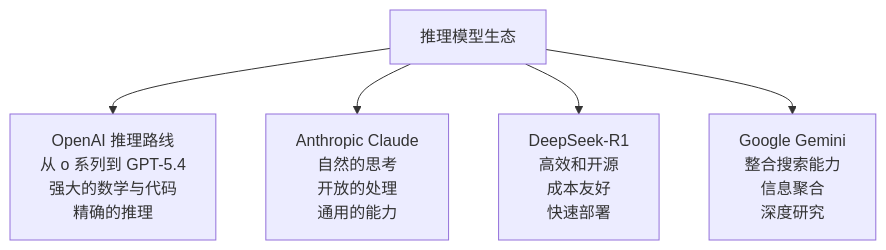
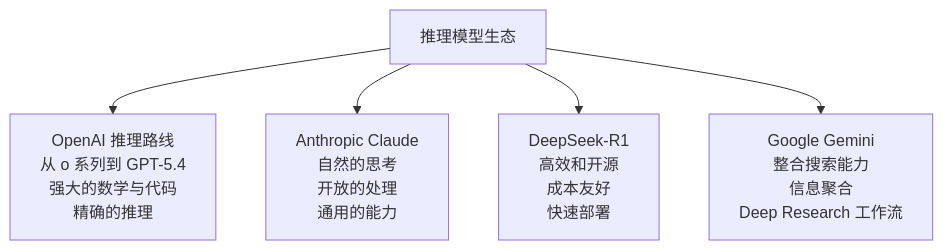
The first of 9 diagrams in 07_reasoning_models/7.4_major_reasoning_models.md (changsongyang/ai_beginner_guide), drawn with Mermaid before and after one commit. The commit also changed other lines of this file and 8 other files, not shown here.

````diff
--- a/07_reasoning_models/7.4_major_reasoning_models.md
+++ b/07_reasoning_models/7.4_major_reasoning_models.md
@@ -9,14 +9,14 @@
 ```mermaid
 graph TD
     A["OpenAI 推理路线<br/>从 o 系列到 GPT-5.4<br/>强大的数学与代码<br/>精确的推理"]
     B["Anthropic Claude<br/>自然的思考<br/>开放的处理<br/>通用的能力"]
     C["DeepSeek-R1<br/>高效和开源<br/>成本友好<br/>快速部署"]
-    D["Google Gemini<br/>整合搜索能力<br/>信息聚合<br/>深度研究"]
+    D["Google Gemini<br/>整合搜索能力<br/>信息聚合<br/>Deep Research 工作流"]
 
     E["推理模型生态"]
 
     E --> A
     E --> B
     E --> C
     E --> D
 ```
````
